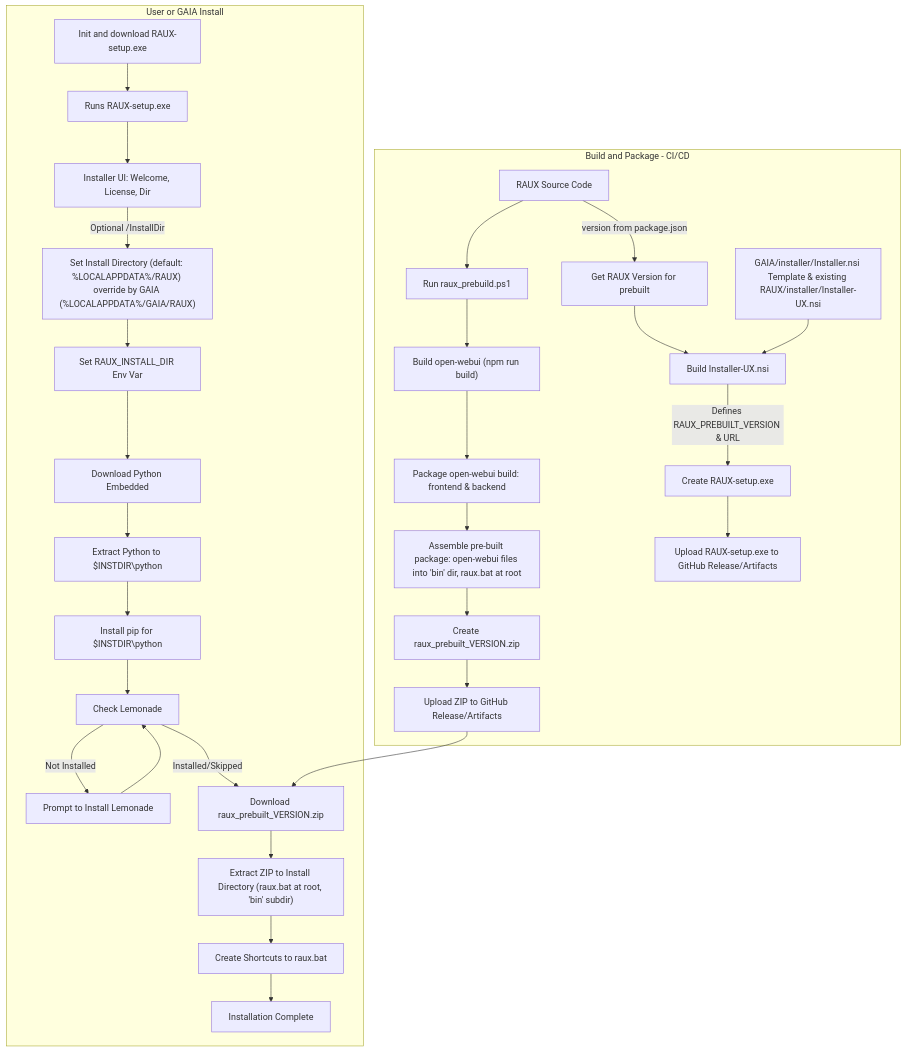
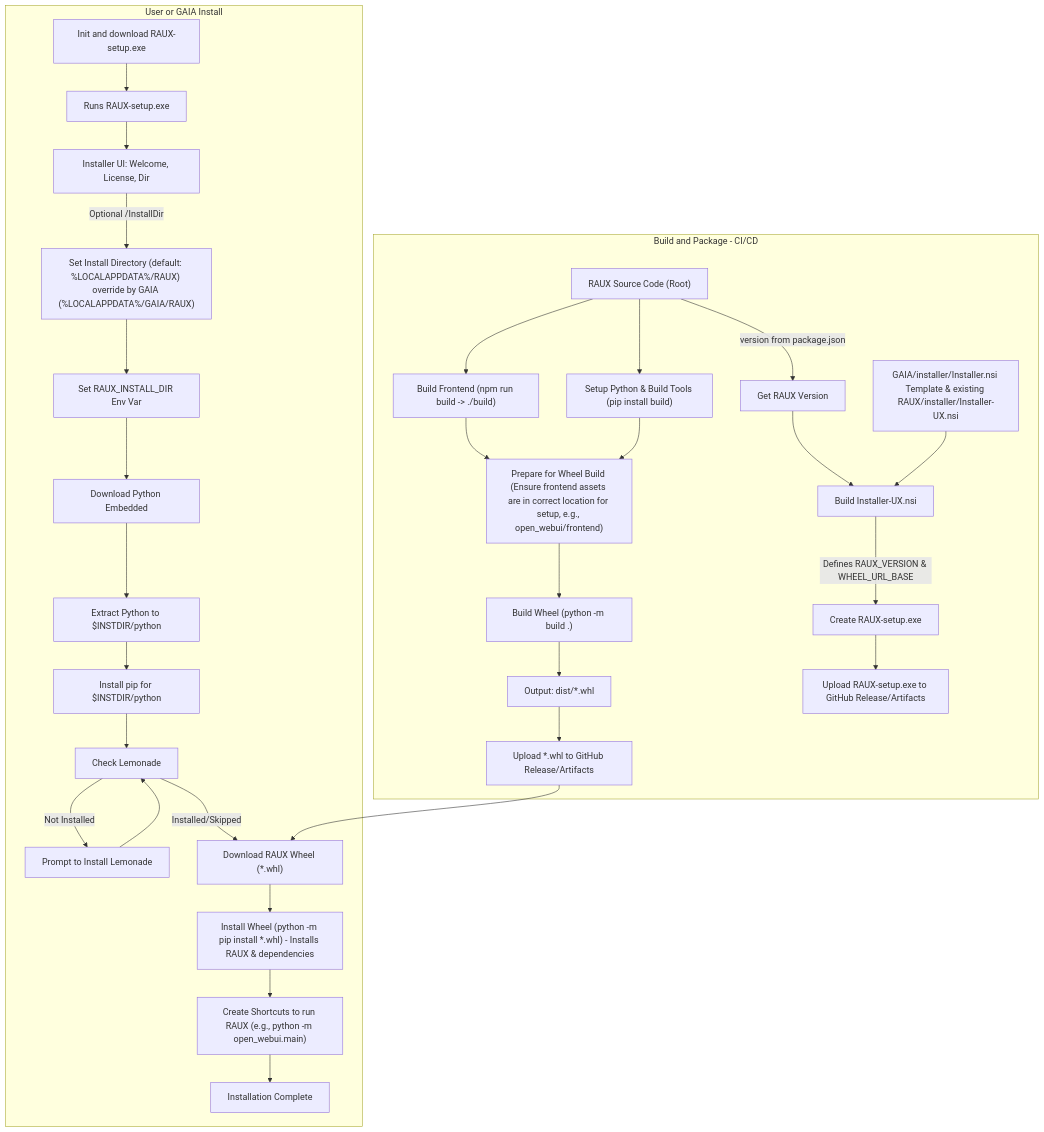
Before and after one commit to open-webui/open-webui: the diagram in .cursor/plan.md, drawn with Mermaid. The commit also changed other lines of this file and 4 other files, not shown here.

````diff
--- a/.cursor/plan.md
+++ b/.cursor/plan.md
@@ -14,37 +13,38 @@
 ```mermaid
 graph TD
     direction LR
     subgraph "Build and Package - CI/CD"
-        A0["RAUX Source Code"] --> A1["Run raux_prebuild.ps1"]
-        A1 --> A2["Build open-webui (npm run build)"]
-        A2 --> A3["Package open-webui build: frontend & backend"]
-        A3 --> A6["Assemble pre-built package: open-webui files into 'bin' dir, raux.bat at root"]
-        A6 --> A7["Create raux_prebuilt_VERSION.zip"]
-        A7 --> A8["Upload ZIP to GitHub Release/Artifacts"]
+        A0["RAUX Source Code (Root)"] --> A1["Build Frontend (npm run build -> ./build)"]
+        A0 --> B1["Setup Python & Build Tools (pip install build)"]
+        A1 --> C1["Prepare for Wheel Build (Ensure frontend assets are in correct location for setup, e.g., open_webui/frontend)"]
+        B1 --> C1
+        C1 --> D1["Build Wheel (python -m build .)"]
+        D1 --> E1["Output: dist/*.whl"]
+        E1 --> F1["Upload *.whl to GitHub Release/Artifacts"]
 
-        A0 -- "version from package.json" --> B1["Get RAUX Version for prebuilt"]
-        B1 --> B2["Build Installer-UX.nsi"]
-        C0["GAIA/installer/Installer.nsi Template & existing RAUX/installer/Installer-UX.nsi"] --> B2
-        B2 -- "Defines RAUX_PREBUILT_VERSION & URL" --> B3["Create RAUX-setup.exe"]
-        B3 --> B4["Upload RAUX-setup.exe to GitHub Release/Artifacts"]
+        A0 -- "version from package.json" --> G1["Get RAUX Version"]
+        G1 --> H1["Build Installer-UX.nsi"]
+        I0["GAIA/installer/Installer.nsi Template & existing RAUX/installer/Installer-UX.nsi"] --> H1
+        H1 -- "Defines RAUX_VERSION & WHEEL_URL_BASE" --> I1["Create RAUX-setup.exe"]
+        I1 --> J1["Upload RAUX-setup.exe to GitHub Release/Artifacts"]
     end
 
     subgraph "User or GAIA Install"
         U1["Init and download RAUX-setup.exe"] --> U2["Runs RAUX-setup.exe"]
         U2 --> U3["Installer UI: Welcome, License, Dir"]
-        U3 -- "Optional /InstallDir" --> U4["Set Install Directory (default: %LOCALAPPDATA%/RAUX) override by GAIA (%LOCALAPPDATA%/GAIA/RAUX) "]
+        U3 -- "Optional /InstallDir" --> U4["Set Install Directory (default: %LOCALAPPDATA%/RAUX) override by GAIA (%LOCALAPPDATA%/GAIA/RAUX)"]
         U4 --> U5["Set RAUX_INSTALL_DIR Env Var"]
         U5 --> U5a["Download Python Embedded"]
-        U5a --> U5b["Extract Python to $INSTDIR\python"]
-        U5b --> U5c["Install pip for $INSTDIR\python"]
+        U5a --> U5b["Extract Python to $INSTDIR/python"]
+        U5b --> U5c["Install pip for $INSTDIR/python"]
         U5c --> U6["Check Lemonade"]
         U6 -- "Not Installed" --> U7["Prompt to Install Lemonade"]
         U7 --> U6
-        U6 -- "Installed/Skipped" --> U8["Download raux_prebuilt_VERSION.zip"]
-        U8 --> U9["Extract ZIP to Install Directory (raux.bat at root, 'bin' subdir)"]
-        U9 --> U10["Create Shortcuts to raux.bat"]
+        U6 -- "Installed/Skipped" --> U8["Download RAUX Wheel (*.whl)"]
+        U8 --> U9["Install Wheel (python -m pip install *.whl) - Installs RAUX & dependencies"]
+        U9 --> U10["Create Shortcuts to run RAUX (e.g., python -m open_webui.main)"]
         U10 --> U11["Installation Complete"]
     end
 
-    A8 --> U8
+    F1 --> U8
 ```
````
